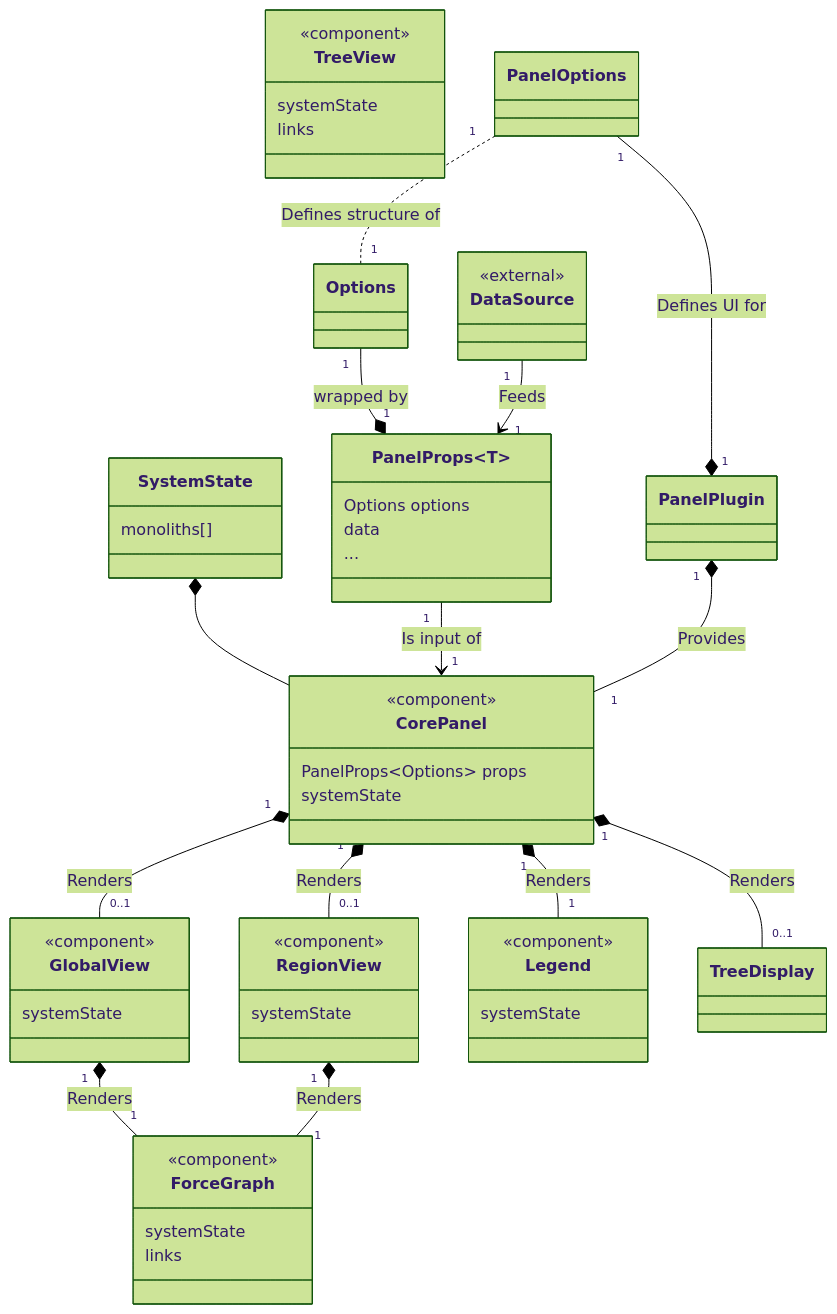
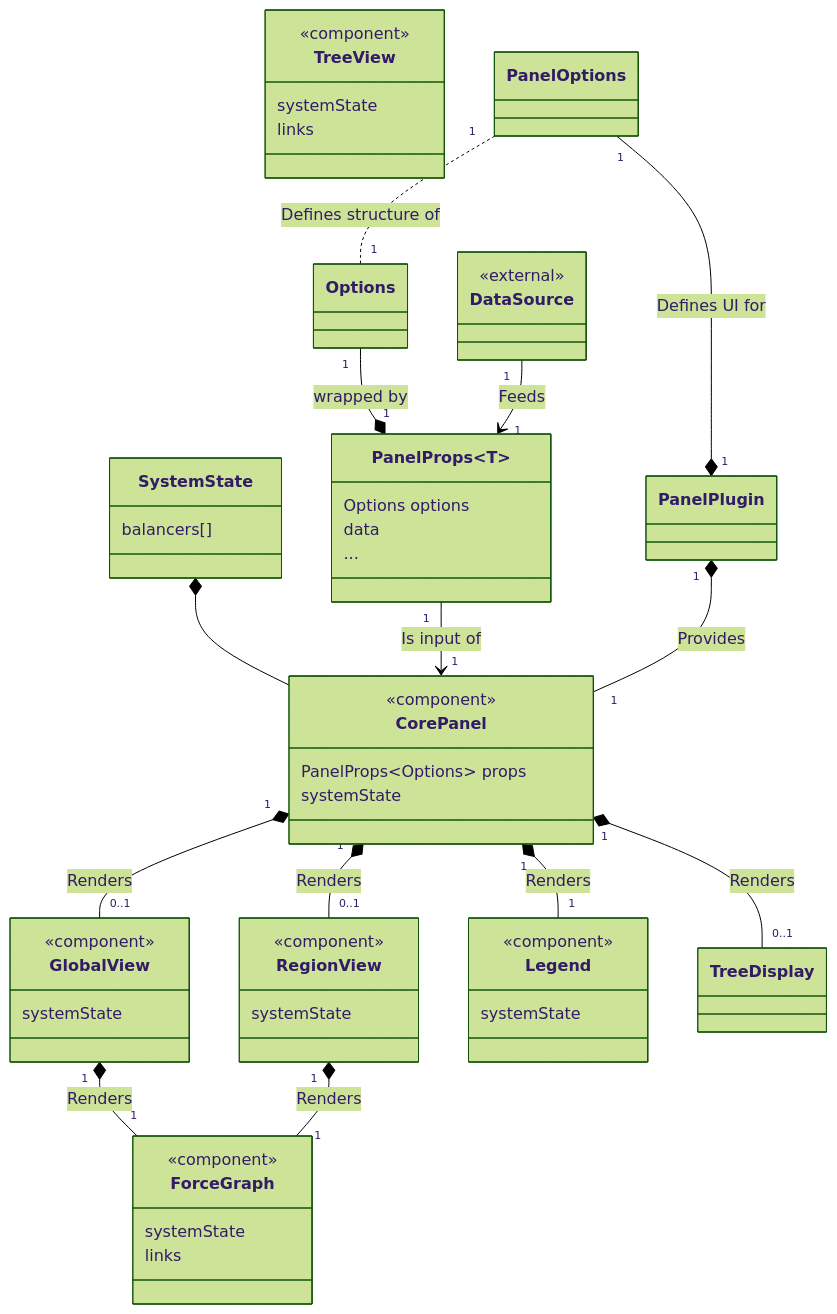
Before and after one commit to dyc3/senior-design: the diagram in figures/vis/panel-internal-class.mmd, drawn with Mermaid (forest theme). The commit also changed 1 other file, not shown here.

```diff
--- a/figures/vis/panel-internal-class.mmd
+++ b/figures/vis/panel-internal-class.mmd
@@ -1,61 +1,61 @@
 classDiagram
     class PanelPlugin
     class PanelProps~T~ {
         Options options
         data
         ...
     }
     class CorePanel {
         <<component>>
         PanelProps~Options~ props
         systemState
     }
     class GlobalView {
         <<component>>
         systemState
     }
     class RegionView {
         <<component>>
         systemState
     }
     class DataSource {
         <<external>>
     }
     class TreeView {
         <<component>>
         systemState
         links
     }
     class SystemState {
-        monoliths[]
+        balancers[]
     }
     class Legend {
         <<component>>
         systemState
     }
     class ForceGraph {
         <<component>>
         systemState
         links
     }
 
     SystemState *-- CorePanel
     PanelOptions "1" --* "1" PanelPlugin : Defines UI for
     PanelOptions "1" .. "1" Options : Defines structure of
     PanelProps "1" --> "1" CorePanel : Is input of
     Options "1" --* "1" PanelProps : wrapped by
     DataSource "1" --> "1" PanelProps : Feeds
     PanelPlugin "1" *-- "1" CorePanel : Provides
     CorePanel "1" *-- "0..1" GlobalView : Renders
     CorePanel "1" *-- "0..1" RegionView : Renders
     CorePanel "1" *-- "0..1" TreeDisplay : Renders
     CorePanel "1" *-- "1" Legend : Renders
     GlobalView "1" *-- "1" ForceGraph : Renders
     RegionView "1" *-- "1" ForceGraph : Renders
 
 
     %% FIXME: not supported on mermaid 10.6, requires upgrading to 10.7
     %% style DataSource stroke:,stroke-dasharray:5 5
     %% style PanelProps stroke:,stroke-dasharray:5 5
     %% style PanelPlugin stroke:,stroke-dasharray:5 5
     %% style PanelOptions stroke:,stroke-dasharray:5 5
```
